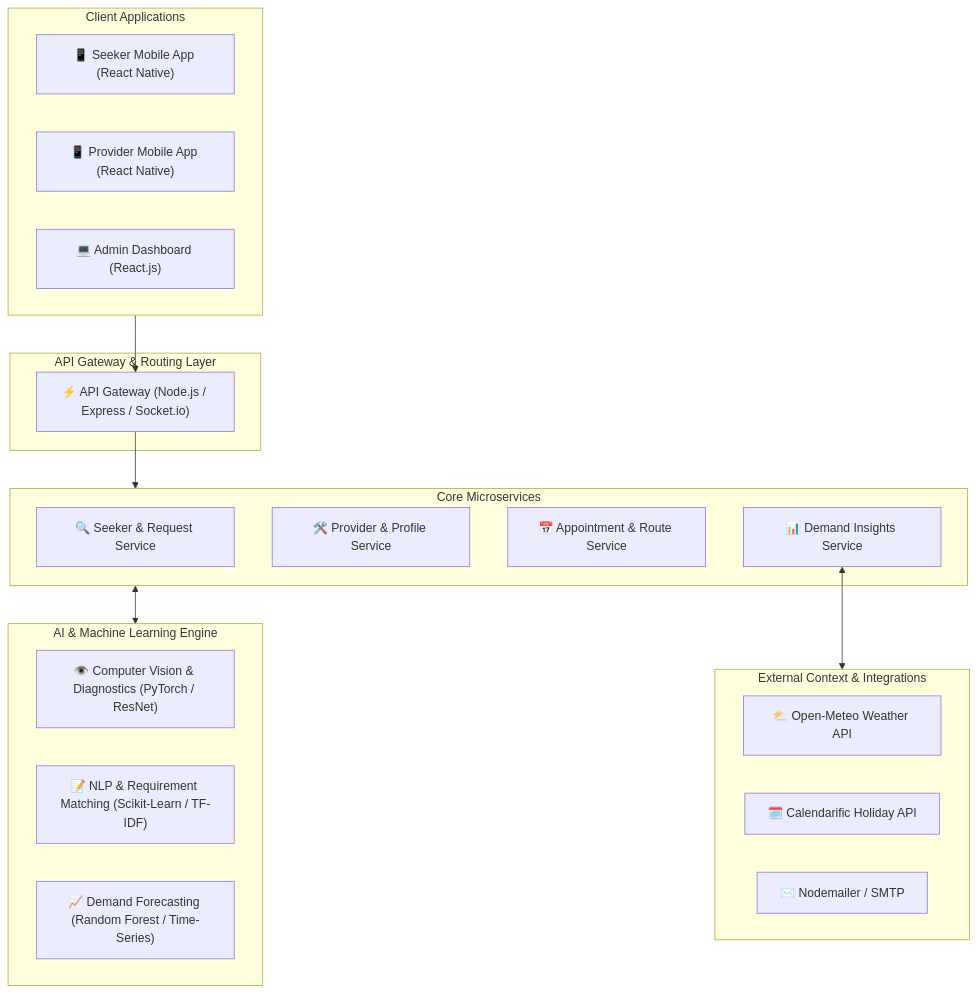
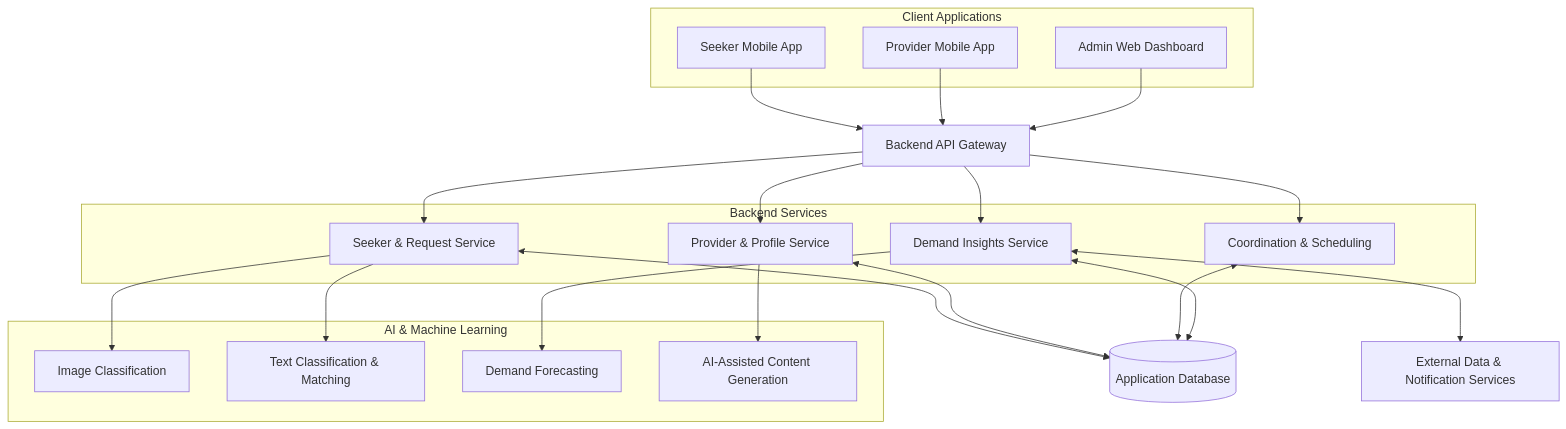
The diagram in README.md (TashmiOshera/R26-SE-020-Web-Site), drawn with Mermaid before and after one commit. The commit also changed other lines of this file and 4 other files, not shown here.

````diff
--- a/README.md
+++ b/README.md
@@ -29,36 +52,48 @@
 ```mermaid
-graph TD
-    subgraph Client_Applications ["Client Applications"]
-        SeekerApp["📱 Seeker Mobile App (React Native)"]
-        ProviderApp["📱 Provider Mobile App (React Native)"]
-        AdminWeb["💻 Admin Dashboard (React.js)"]
+flowchart TB
+    subgraph Clients["Client Applications"]
+        S["Seeker Mobile App"]
+        P["Provider Mobile App"]
+        A["Admin Web Dashboard"]
     end
 
-    subgraph API_Gateway_Layer ["API Gateway & Routing Layer"]
-        Gateway["⚡ API Gateway (Node.js / Express / Socket.io)"]
+    G["Backend API Gateway"]
+
+    subgraph Backend["Backend Services"]
+        SS["Seeker & Request Service"]
+        PS["Provider & Profile Service"]
+        CS["Coordination & Scheduling"]
+        DS["Demand Insights Service"]
     end
 
-    subgraph Microservices_Core ["Core Microservices"]
-        SeekerService["🔍 Seeker & Request Service"]
-        ProviderService["🛠️ Provider & Profile Service"]
-        CoordinationService["📅 Appointment & Route Service"]
-        DemandService["📊 Demand Insights Service"]
+    subgraph AI["AI & Machine Learning"]
+        CV["Image Classification"]
+        NLP["Text Classification & Matching"]
+        ML["Demand Forecasting"]
+        GEN["AI-Assisted Content Generation"]
     end
 
-    subgraph AI_Intelligence_Engine ["AI & Machine Learning Engine"]
-        CVService["👁️ Computer Vision & Diagnostics (PyTorch / ResNet)"]
-        NLPService["📝 NLP & Requirement Matching (Scikit-Learn / TF-IDF)"]
-        ForecastingService["📈 Demand Forecasting (Random Forest / Time-Series)"]
-    end
+    DB[("Application Database")]
+    EXT["External Data & Notification Services"]
 
-    subgraph External_Services ["External Context & Integrations"]
-        WeatherAPI["⛅ Open-Meteo Weather API"]
-        HolidayAPI["🗓️ Calendarific Holiday API"]
-        EmailService["✉️ Nodemailer / SMTP"]
-    end
+    S --> G
+    P --> G
+    A --> G
 
-    Client_Applications --> Gateway
-    Gateway --> Microservices_Core
-    Microservices_Core <--> AI_Intelligence_Engine
-    DemandService <--> External_Services
+    G --> SS
+    G --> PS
+    G --> CS
+    G --> DS
+
+    SS --> CV
+    SS --> NLP
+    PS --> GEN
+    DS --> ML
+
+    SS <--> DB
+    PS <--> DB
+    CS <--> DB
+    DS <--> DB
+
+    DS <--> EXT
 ```
````
